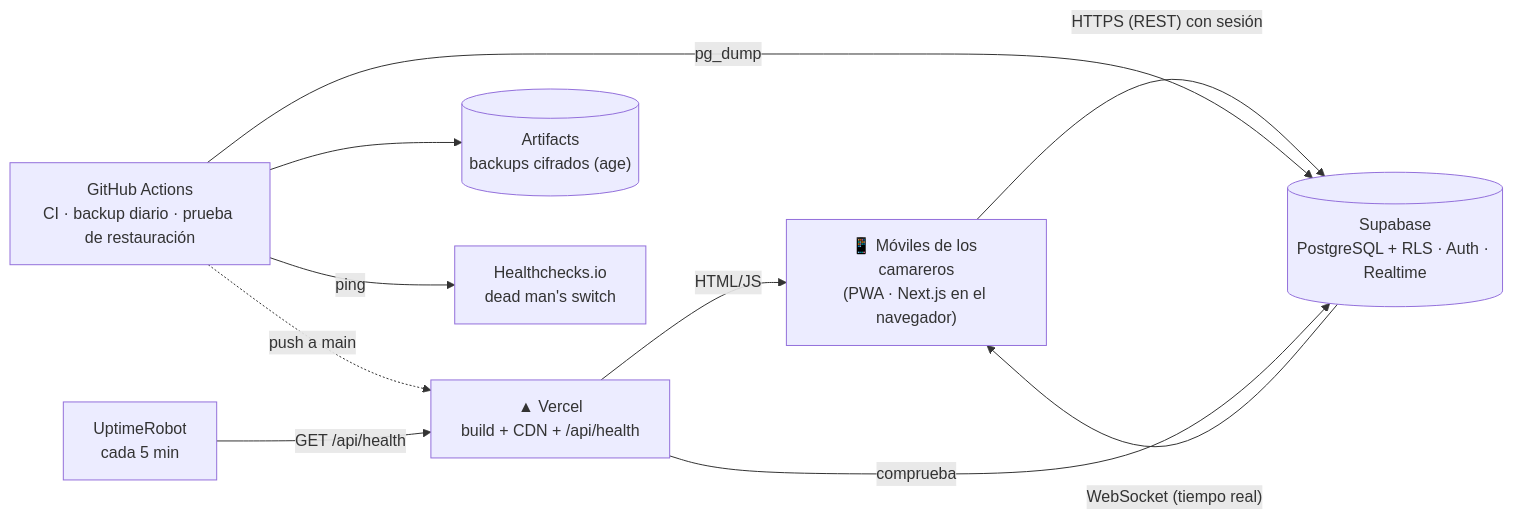
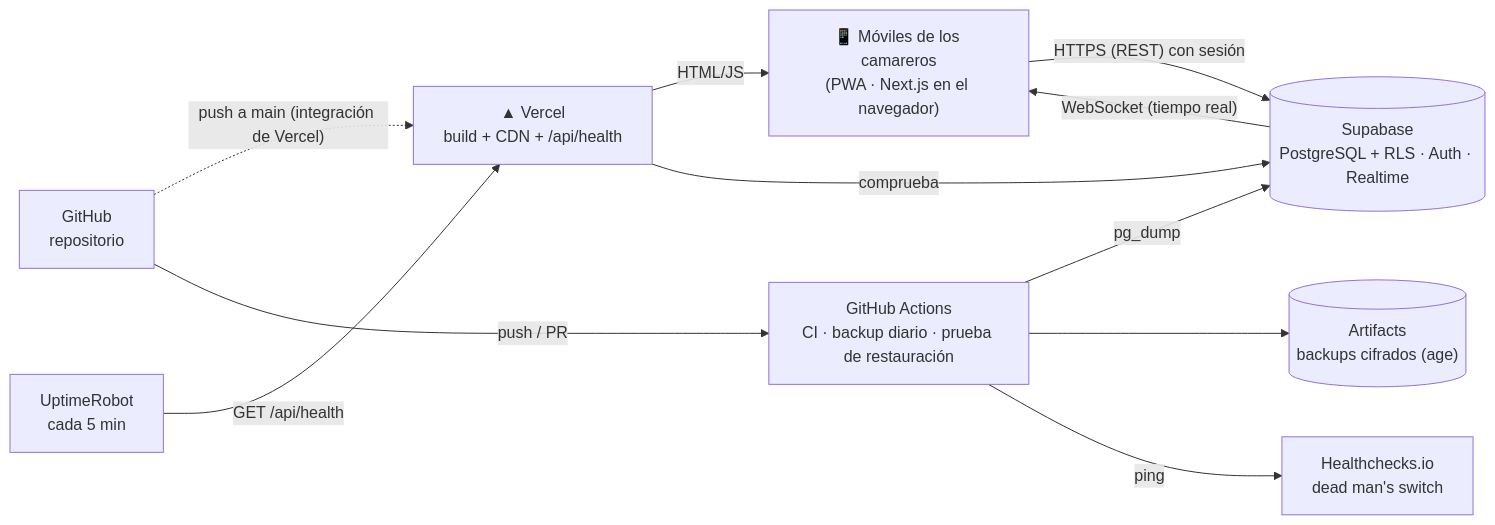
One commit to M0r3n0SVQ/timbre-tpv-portfolio changed the diagram in README.md. Above: the diagram before and after it, drawn with Mermaid. The commit also changed other lines of this file, not shown here.

````diff
--- a/README.md
+++ b/README.md
@@ -28,20 +28,22 @@
 ```mermaid
 flowchart LR
     M["📱 Móviles de los camareros<br/>(PWA · Next.js en el navegador)"]
     V["▲ Vercel<br/>build + CDN + /api/health"]
     S[("Supabase<br/>PostgreSQL + RLS · Auth · Realtime")]
+    R["GitHub<br/>repositorio"]
     G["GitHub Actions<br/>CI · backup diario · prueba de restauración"]
     A[("Artifacts<br/>backups cifrados (age)")]
     U["UptimeRobot<br/>cada 5 min"]
     H["Healthchecks.io<br/>dead man's switch"]
 
-    G -. push a main .-> V
+    R -. "push a main (integración de Vercel)" .-> V
+    R -- "push / PR" --> G
     V -- HTML/JS --> M
     M -- "HTTPS (REST) con sesión" --> S
     S -- "WebSocket (tiempo real)" --> M
     G -- "pg_dump" --> S
     G --> A
     U -- "GET /api/health" --> V
     V -- "comprueba" --> S
     G -- "ping" --> H
 ```
````
